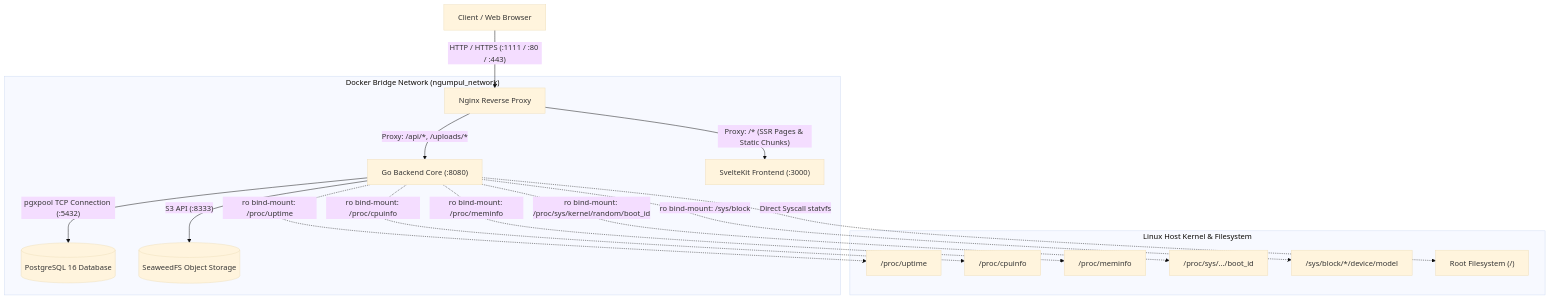
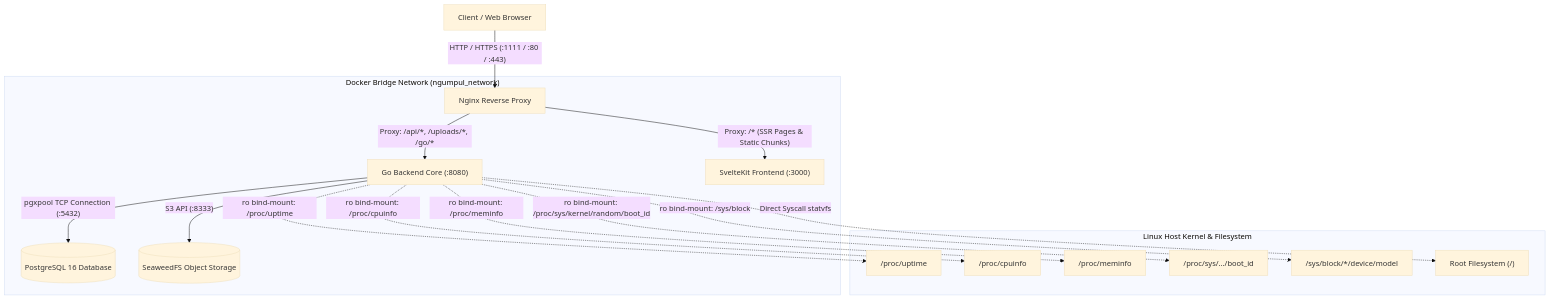
One commit to Ijon6k/ngumpul-host changed the first of 2 diagrams in docs/architecture.md. Above: the diagram before and after it, drawn with Mermaid (base theme). The commit also changed 82 other files, not shown here.

First line of the commit message:
feat(frontend,docs): modularize API architecture, typography scale, and sync documentation

````diff
--- a/docs/architecture.md
+++ b/docs/architecture.md
@@ -20,21 +20,21 @@
 ```mermaid
 graph TB
     Client["Client / Web Browser"] -->|"HTTP / HTTPS (:1111 / :80 / :443)"| Nginx["Nginx Reverse Proxy"]
     
     subgraph "Docker Bridge Network (ngumpul_network)"
-        Nginx -->|"Proxy: /api/*, /uploads/*"| Backend["Go Backend Core (:8080)"]
+        Nginx -->|"Proxy: /api/*, /uploads/*, /go/*"| Backend["Go Backend Core (:8080)"]
         Nginx -->|"Proxy: /* (SSR Pages & Static Chunks)"| Frontend["SvelteKit Frontend (:3000)"]
         
         Backend -->|"pgxpool TCP Connection (:5432)"| Postgres[("PostgreSQL 16 Database")]
         Backend -->|"S3 API (:8333)"| SeaweedFS[("SeaweedFS Object Storage")]
     end
 
     subgraph "Linux Host Kernel & Filesystem"
         Backend -.->|"ro bind-mount: /proc/uptime"| KernelUptime["/proc/uptime"]
         Backend -.->|"ro bind-mount: /proc/cpuinfo"| KernelCPU["/proc/cpuinfo"]
         Backend -.->|"ro bind-mount: /proc/meminfo"| KernelMem["/proc/meminfo"]
         Backend -.->|"ro bind-mount: /proc/sys/kernel/random/boot_id"| KernelBootID["/proc/sys/.../boot_id"]
         Backend -.->|"ro bind-mount: /sys/block"| KernelDisk["/sys/block/*/device/model"]
         Backend -.->|"Direct Syscall statvfs"| MountVFS["Root Filesystem (/)"]
     end
 ```
````
